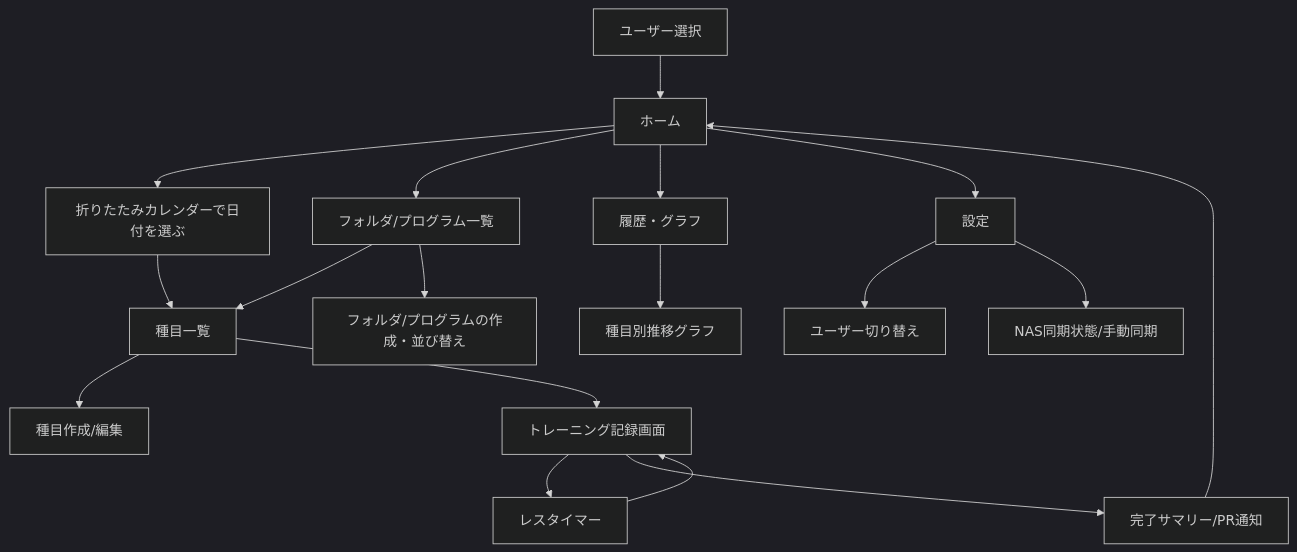
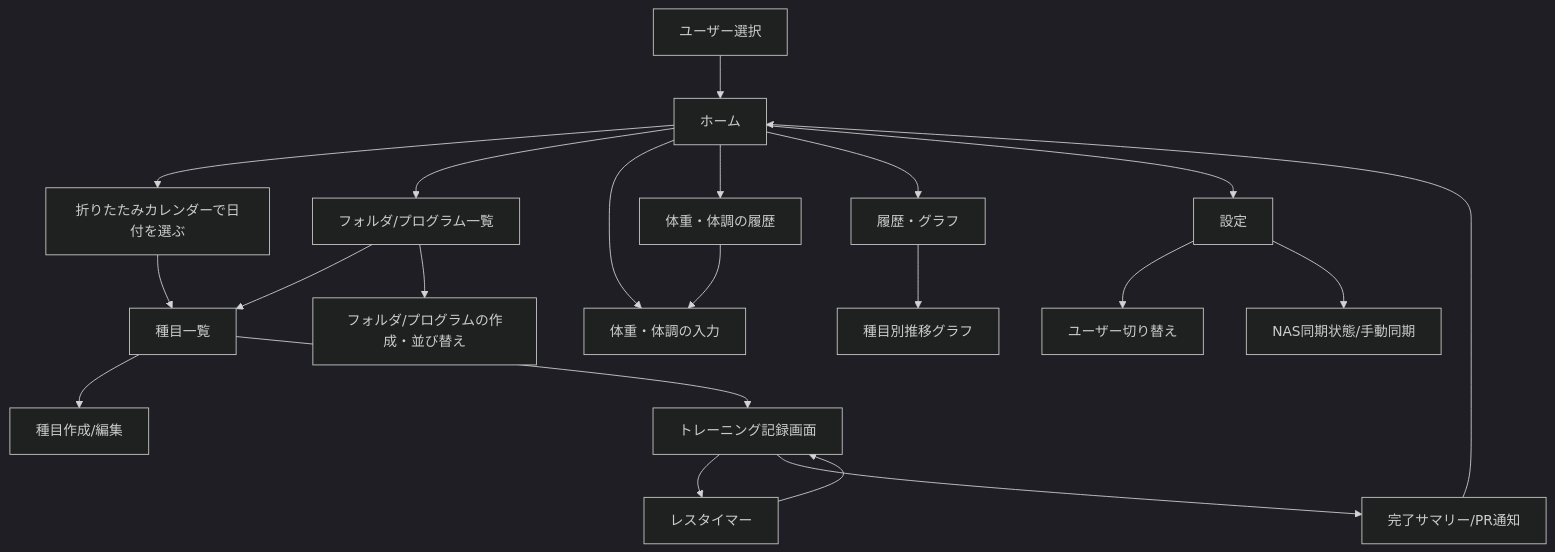
The first of 2 diagrams in docs/spec.md (SoichiTaniguchi/work-out-app), drawn with Mermaid (dark theme) before and after one commit. The commit also changed other lines of this file and 22 other files, not shown here.

````diff
--- a/docs/spec.md
+++ b/docs/spec.md
@@ -107,24 +107,27 @@
 ```mermaid
 flowchart TD
   Login[ユーザー選択] --> Home[ホーム]
   Home --> Calendar[折りたたみカレンダーで日付を選ぶ]
   Calendar --> ExList
   Home --> ProgList[フォルダ/プログラム一覧]
+  Home --> DailyLog[体重・体調の入力]
+  Home --> DailyLogHistory[体重・体調の履歴]
+  DailyLogHistory --> DailyLog
   Home --> History[履歴・グラフ]
   Home --> Settings[設定]
 
   ProgList --> ExList[種目一覧]
   ExList --> ExEdit[種目作成/編集]
   ExList --> Record[トレーニング記録画面]
 
   Record --> RestTimer[レスタイマー]
   RestTimer --> Record
   Record --> Summary[完了サマリー/PR通知]
   Summary --> Home
 
   History --> ExHistory[種目別推移グラフ]
 
   Settings --> UserSwitch[ユーザー切り替え]
   Settings --> SyncStatus[NAS同期状態/手動同期]
   ProgList --> ProgEdit[フォルダ/プログラムの作成・並び替え]
 ```
````
